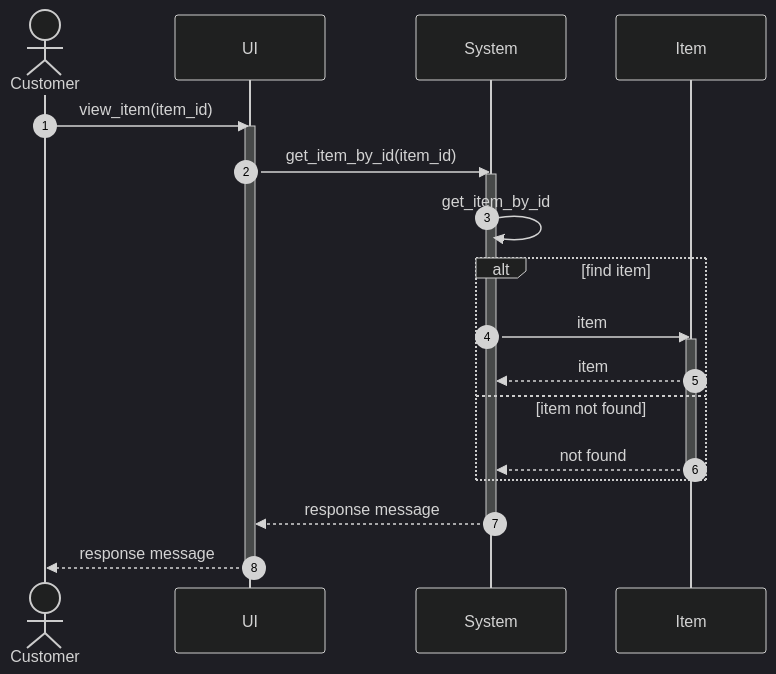
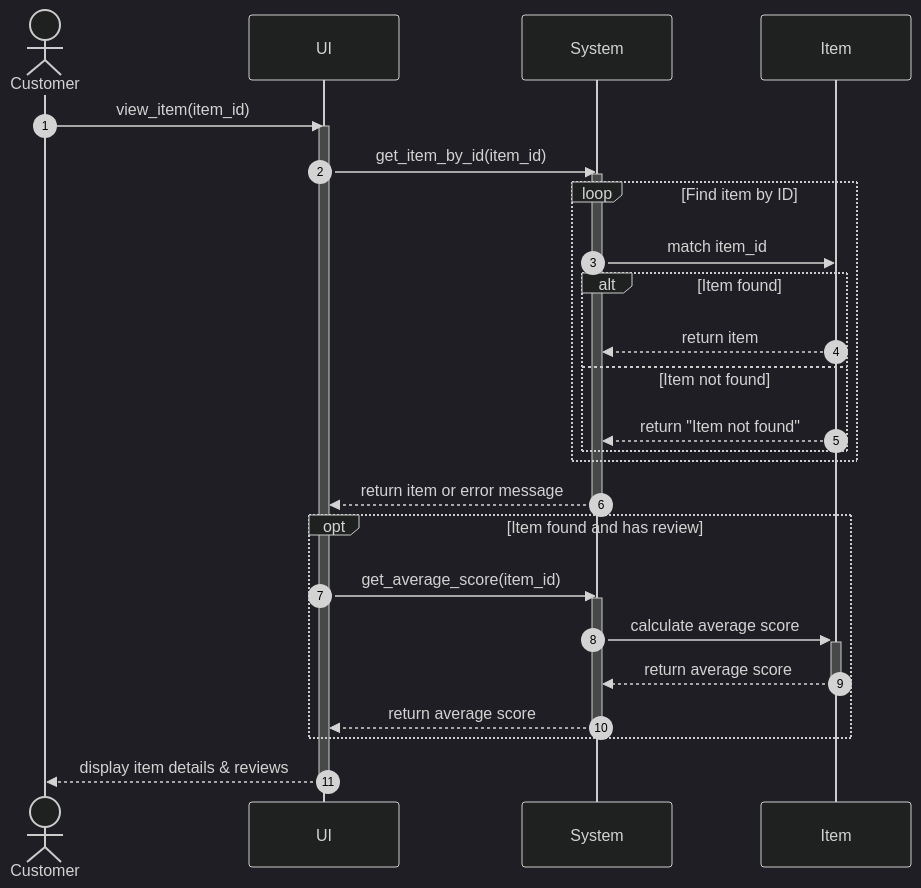
One commit to Bokutosimp/CE_OOP_PROJECT changed the diagram in diagram/sequence/get_item_by_id.md. Above: the diagram before and after it, drawn with Mermaid. The commit also changed 5 other files, not shown here.

````diff
--- a/diagram/sequence/get_item_by_id.md
+++ b/diagram/sequence/get_item_by_id.md
@@ -1,32 +1,46 @@
 ```mermaid
 ---
 config:
   theme: dark
   look: classic
 ---
 sequenceDiagram
 autonumber
 
     actor Customer
     participant UI
     participant System
     participant Item
 
     Customer ->> UI: view_item(item_id)
     activate UI
     UI ->> System: get_item_by_id(item_id)
     activate System
-    System ->> System : get_item_by_id
-    alt find item
-    System ->> Item: item
-    activate Item
-    Item -->> System: item
-    else item not found
-    Item -->> System: not found
-    deactivate Item
+
+    loop Find item by ID
+        System ->> Item: match item_id
+        alt Item found
+            Item -->> System: return item
+        else Item not found
+            Item -->> System: return "Item not found"
+        end
     end
-    System -->> UI: response message
+
+    System -->> UI: return item or error message
     deactivate System
-    UI -->> Customer: response message
+
+    opt Item found and has review
+        UI ->> System: get_average_score(item_id)
+        activate System
+
+        System ->>+ Item: calculate average score
+        Item -->>- System: return average score
+
+        System -->> UI: return average score
+        deactivate System
+    end
+
+    UI -->> Customer: display item details & reviews
     deactivate UI
+
 ```
````
